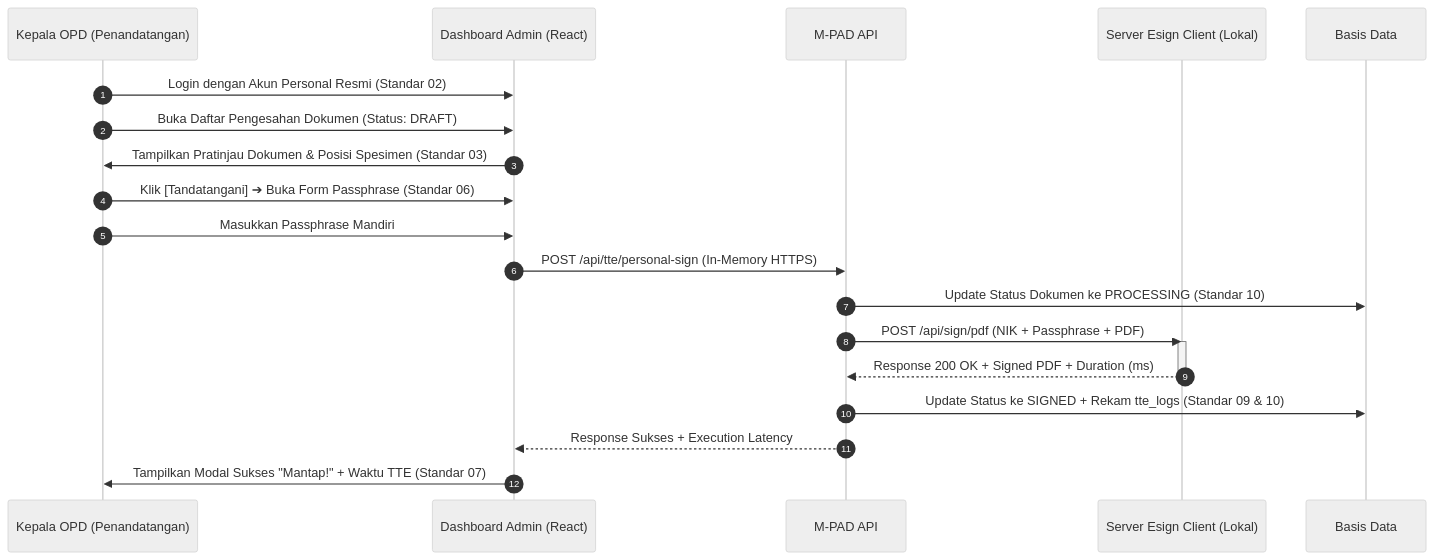
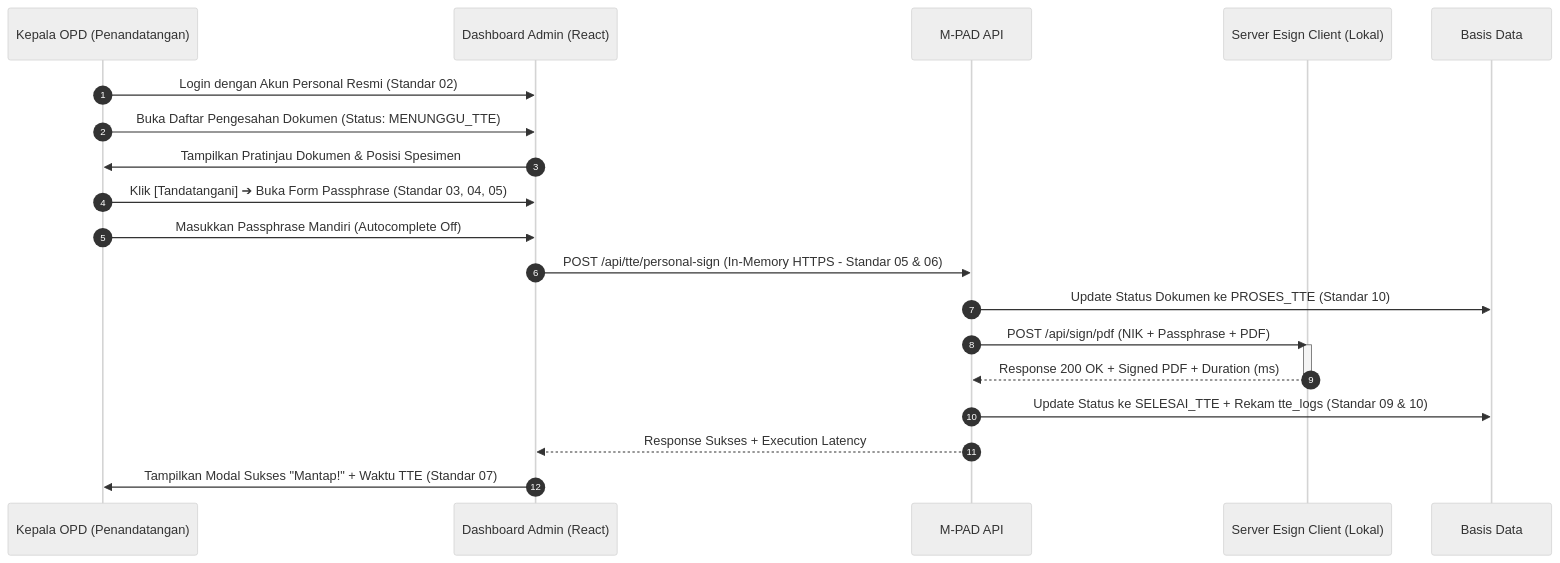
Before and after one commit to arif-rizal1122/retribusi-api: the third of 3 diagrams in docs/10_payment_gateway_h2h/BSRE/STANDAR_11_BSRE_H2H_IMPLEMENTATION_PLAN.md, drawn with Mermaid (neutral theme). The commit also changed other lines of this file and 26 other files, not shown here.

````diff
--- a/docs/10_payment_gateway_h2h/BSRE/STANDAR_11_BSRE_H2H_IMPLEMENTATION_PLAN.md
+++ b/docs/10_payment_gateway_h2h/BSRE/STANDAR_11_BSRE_H2H_IMPLEMENTATION_PLAN.md
@@ -130,24 +129,24 @@
 ```mermaid
 sequenceDiagram
     autonumber
     participant Kadis as Kepala OPD (Penandatangan)
     participant AdminUI as Dashboard Admin (React)
     participant API as M-PAD API
     participant Esign as Server Esign Client (Lokal)
     participant DB as Basis Data
 
     Kadis->>AdminUI: Login dengan Akun Personal Resmi (Standar 02)
-    Kadis->>AdminUI: Buka Daftar Pengesahan Dokumen (Status: DRAFT)
-    AdminUI->>Kadis: Tampilkan Pratinjau Dokumen & Posisi Spesimen (Standar 03)
-    Kadis->>AdminUI: Klik [Tandatangani] ➔ Buka Form Passphrase (Standar 06)
-    Kadis->>AdminUI: Masukkan Passphrase Mandiri
-    AdminUI->>API: POST /api/tte/personal-sign (In-Memory HTTPS)
-    API->>DB: Update Status Dokumen ke PROCESSING (Standar 10)
+    Kadis->>AdminUI: Buka Daftar Pengesahan Dokumen (Status: MENUNGGU_TTE)
+    AdminUI->>Kadis: Tampilkan Pratinjau Dokumen & Posisi Spesimen
+    Kadis->>AdminUI: Klik [Tandatangani] ➔ Buka Form Passphrase (Standar 03, 04, 05)
+    Kadis->>AdminUI: Masukkan Passphrase Mandiri (Autocomplete Off)
+    AdminUI->>API: POST /api/tte/personal-sign (In-Memory HTTPS - Standar 05 & 06)
+    API->>DB: Update Status Dokumen ke PROSES_TTE (Standar 10)
     API->>Esign: POST /api/sign/pdf (NIK + Passphrase + PDF)
     activate Esign
     Esign-->>API: Response 200 OK + Signed PDF + Duration (ms)
     deactivate Esign
-    API->>DB: Update Status ke SIGNED + Rekam tte_logs (Standar 09 & 10)
+    API->>DB: Update Status ke SELESAI_TTE + Rekam tte_logs (Standar 09 & 10)
     API-->>AdminUI: Response Sukses + Execution Latency
     AdminUI->>Kadis: Tampilkan Modal Sukses "Mantap!" + Waktu TTE (Standar 07)
 ```
````
